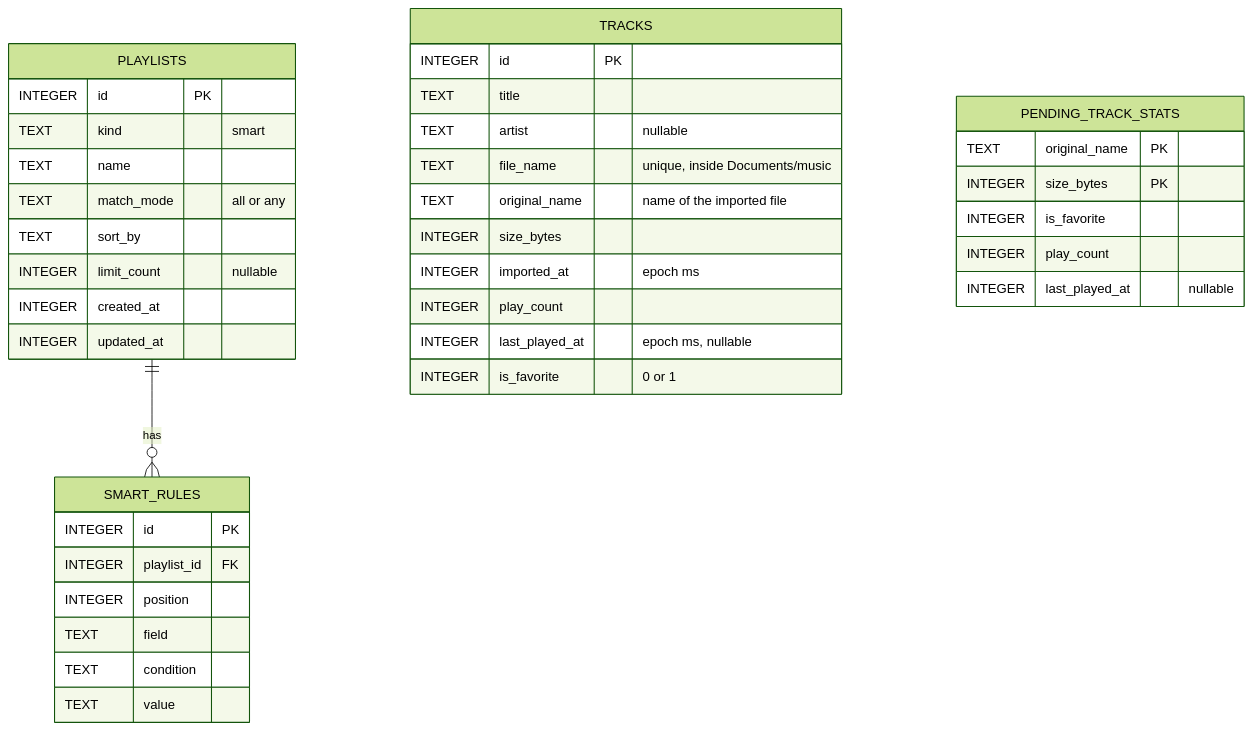
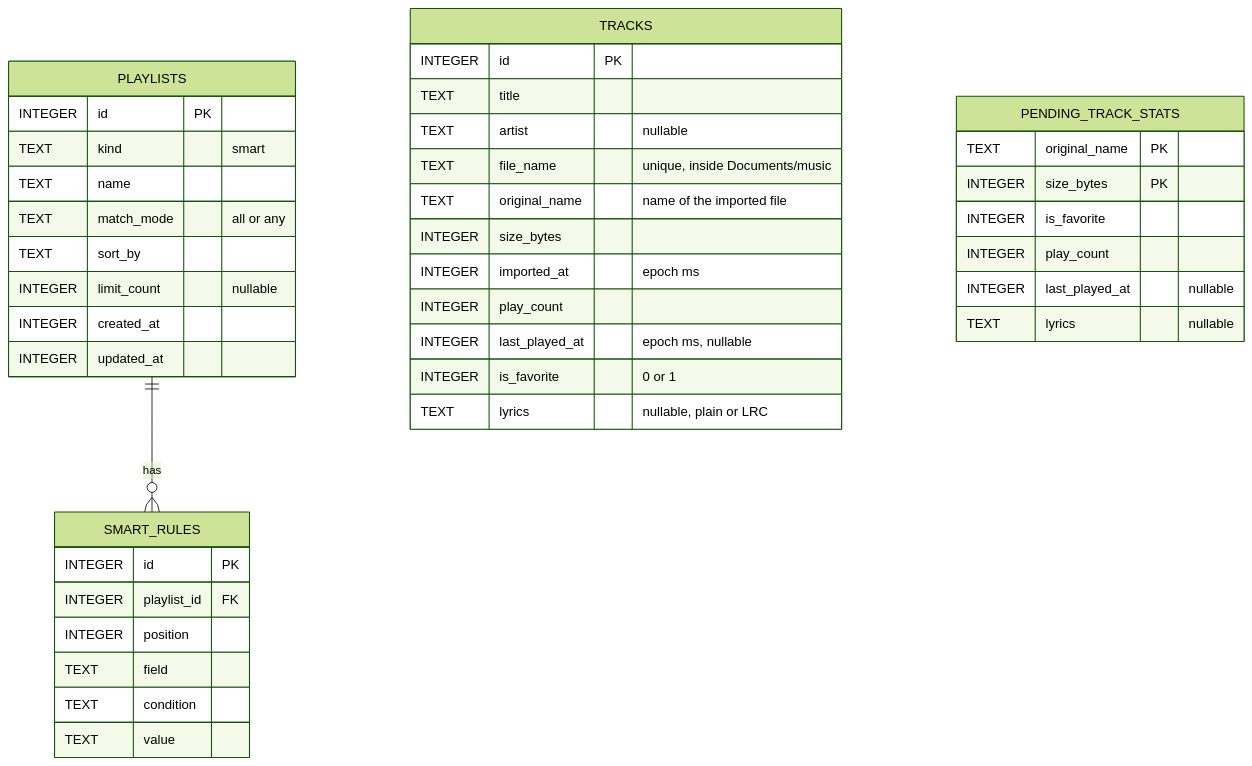
Before and after one commit to sabrinasalomon/CoryMusic: the diagram in docs/DATA_MODEL.md, drawn with Mermaid (forest theme). The commit also changed other lines of this file and 18 other files, not shown here.

````diff
--- a/docs/DATA_MODEL.md
+++ b/docs/DATA_MODEL.md
@@ -15,42 +15,44 @@
 ```mermaid
 erDiagram
     PLAYLISTS ||--o{ SMART_RULES : "has"
 
     TRACKS {
         INTEGER id PK
         TEXT title
         TEXT artist "nullable"
         TEXT file_name "unique, inside Documents/music"
         TEXT original_name "name of the imported file"
         INTEGER size_bytes
         INTEGER imported_at "epoch ms"
         INTEGER play_count
         INTEGER last_played_at "epoch ms, nullable"
         INTEGER is_favorite "0 or 1"
+        TEXT lyrics "nullable, plain or LRC"
     }
     PLAYLISTS {
         INTEGER id PK
         TEXT kind "smart"
         TEXT name
         TEXT match_mode "all or any"
         TEXT sort_by
         INTEGER limit_count "nullable"
         INTEGER created_at
         INTEGER updated_at
     }
     SMART_RULES {
         INTEGER id PK
         INTEGER playlist_id FK
         INTEGER position
         TEXT field
         TEXT condition
         TEXT value
     }
     PENDING_TRACK_STATS {
         TEXT original_name PK
         INTEGER size_bytes PK
         INTEGER is_favorite
         INTEGER play_count
         INTEGER last_played_at "nullable"
+        TEXT lyrics "nullable"
     }
 ```
````
